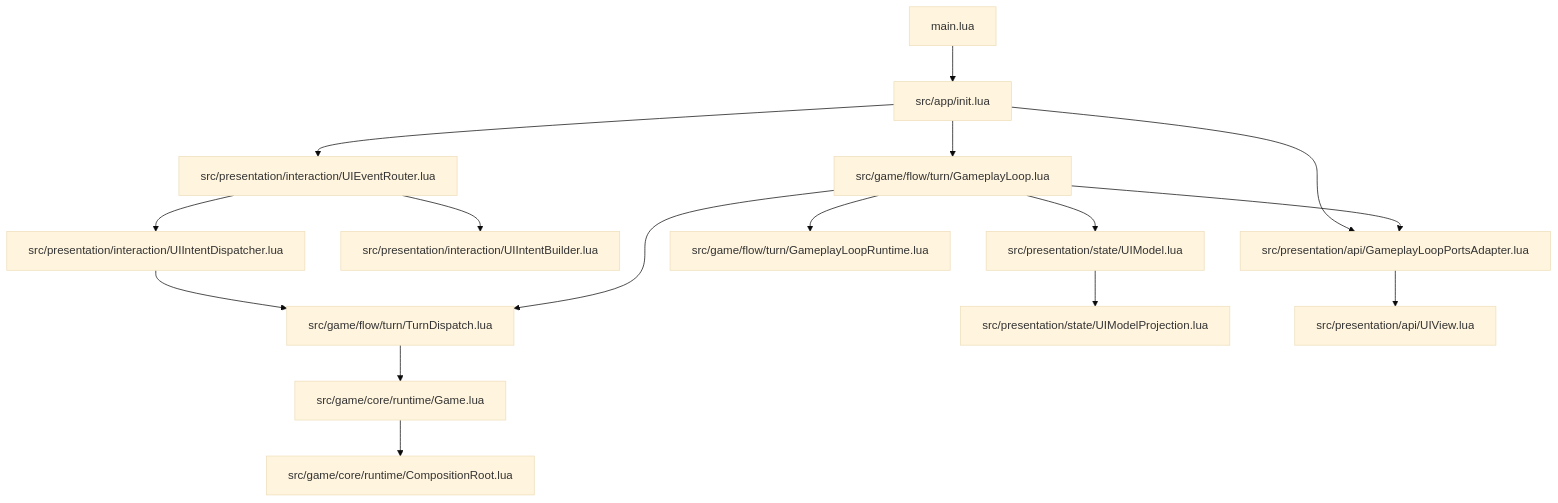
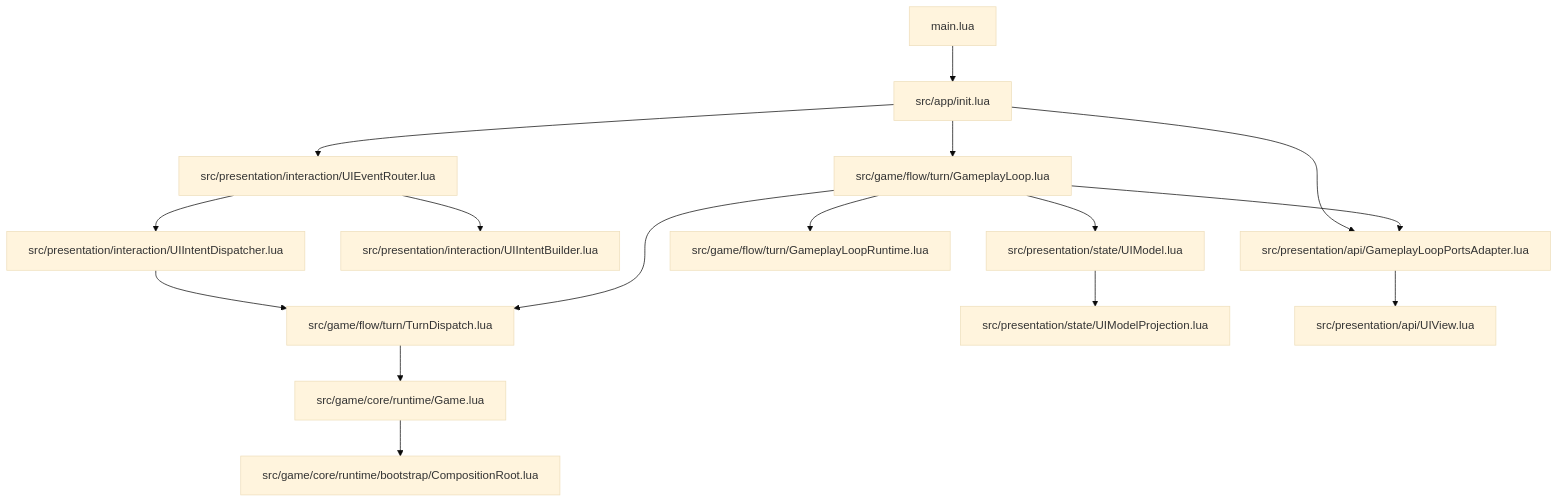
One commit to TLOBillyQ/monopoly changed the first of 3 diagrams in ARCHITECTURE.md. Above: the diagram before and after it, drawn with Mermaid (base theme). The commit also changed other lines of this file and 34 other files, not shown here.

````diff
--- a/ARCHITECTURE.md
+++ b/ARCHITECTURE.md
@@ -41,22 +41,22 @@
 ```mermaid
 graph TD
   A[main.lua] --> B[src/app/init.lua]
   B --> C[src/presentation/interaction/UIEventRouter.lua]
   B --> D[src/game/flow/turn/GameplayLoop.lua]
   B --> E[src/presentation/api/GameplayLoopPortsAdapter.lua]
 
   C --> F[src/presentation/interaction/UIIntentBuilder.lua]
   C --> G[src/presentation/interaction/UIIntentDispatcher.lua]
   G --> H[src/game/flow/turn/TurnDispatch.lua]
 
   D --> I[src/game/flow/turn/GameplayLoopRuntime.lua]
   D --> H
   D --> E
 
   H --> J[src/game/core/runtime/Game.lua]
-  J --> K[src/game/core/runtime/CompositionRoot.lua]
+  J --> K[src/game/core/runtime/bootstrap/CompositionRoot.lua]
 
   D --> L[src/presentation/state/UIModel.lua]
   L --> M[src/presentation/state/UIModelProjection.lua]
   E --> N[src/presentation/api/UIView.lua]
 ```
````
